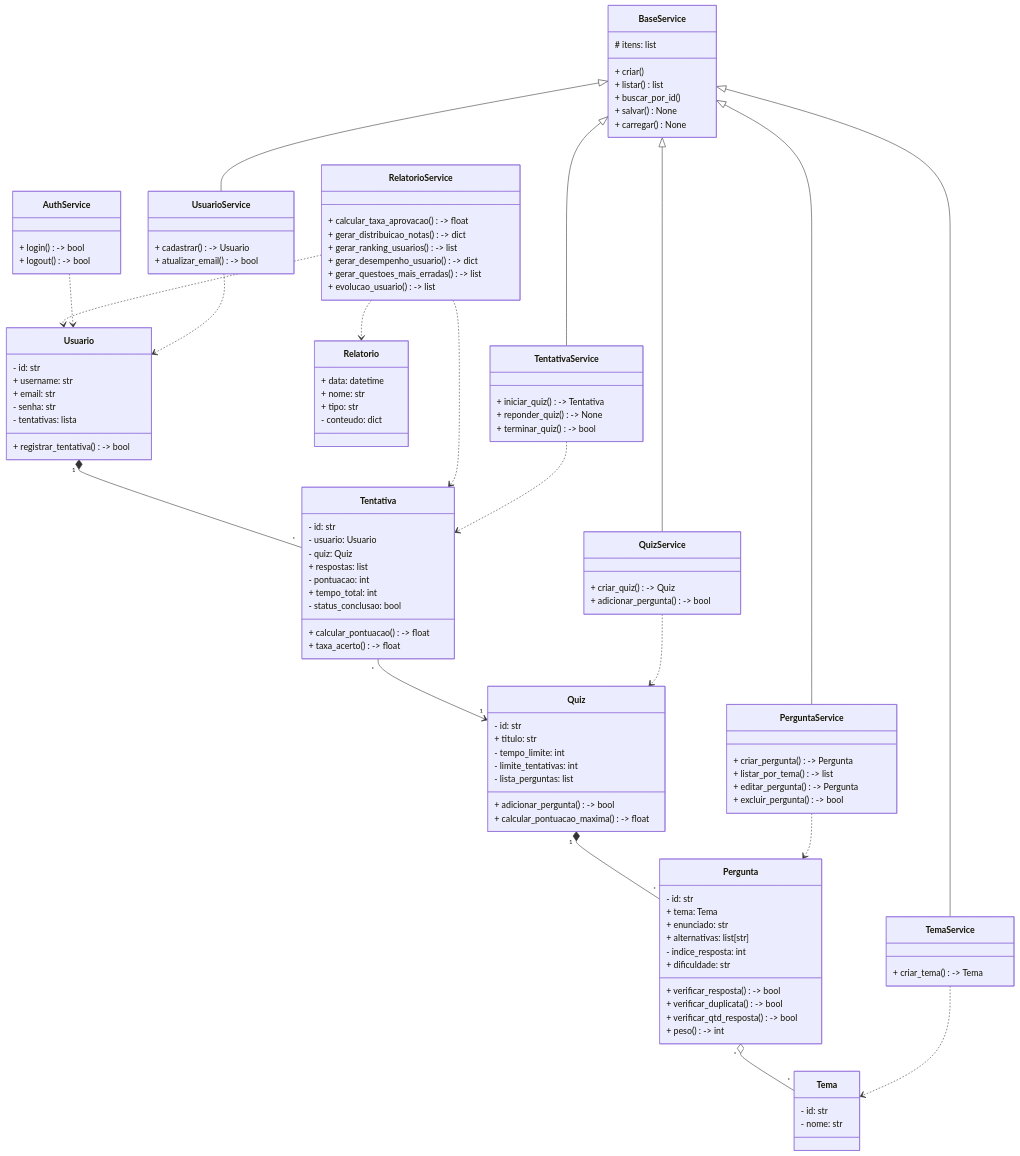
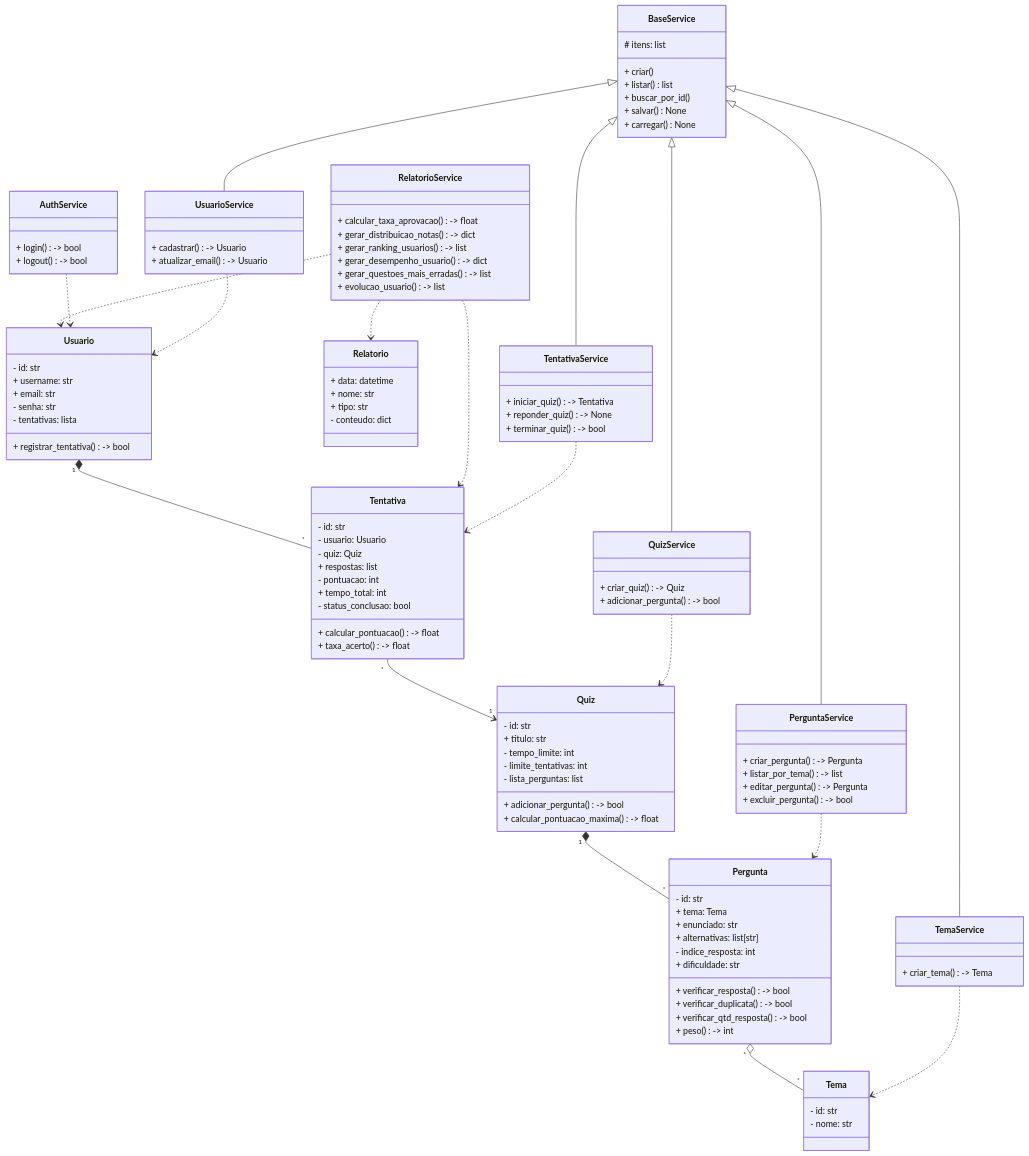
One commit to EzequielFerreira35/sistema-de-quiz-educacional changed the diagram in README.md. Above: the diagram before and after it, drawn with Mermaid. The commit also changed 6 other files, not shown here.

```diff
--- a/README.md
+++ b/README.md
@@ -88,7 +88,7 @@
 
     class UsuarioService {
         + cadastrar() -> Usuario
-        + atualizar_email() -> bool
+        + atualizar_email() -> Usuario
         }
 
     class PerguntaService {
```
